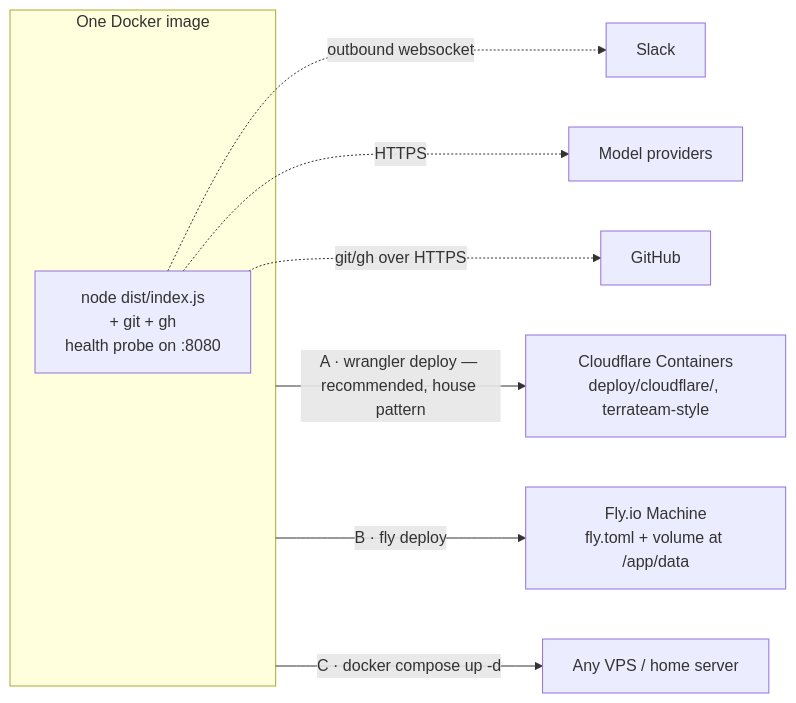
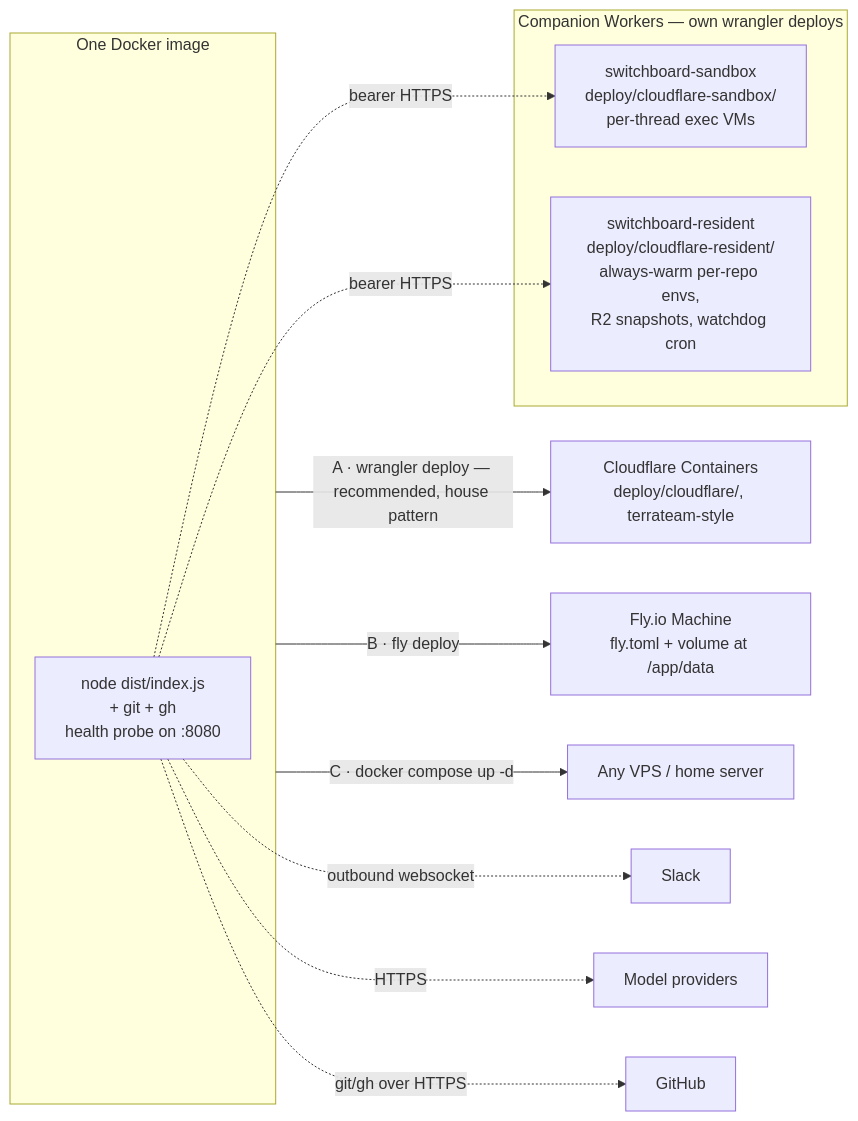
The fourth of 4 diagrams in README.md (coreplanelabs/switchboard), drawn with Mermaid before and after one commit. The commit also changed other lines of this file and 15 other files, not shown here.

````diff
--- a/README.md
+++ b/README.md
@@ -116,12 +136,17 @@
 ```mermaid
 flowchart LR
     subgraph img ["One Docker image"]
         P["node dist/index.js<br/>+ git + gh<br/>health probe on :8080"]
     end
     img -->|A · wrangler deploy — recommended, house pattern| CF["Cloudflare Containers<br/>deploy/cloudflare/, terrateam-style"]
     img -->|B · fly deploy| FLY["Fly.io Machine<br/>fly.toml + volume at /app/data"]
     img -->|C · docker compose up -d| VPS["Any VPS / home server"]
+    subgraph companions ["Companion Workers — own wrangler deploys"]
+        SBW["switchboard-sandbox<br/>deploy/cloudflare-sandbox/<br/>per-thread exec VMs"]
+        RSW["switchboard-resident<br/>deploy/cloudflare-resident/<br/>always-warm per-repo envs,<br/>R2 snapshots, watchdog cron"]
+    end
     P -.->|outbound websocket| SLK["Slack"]
     P -.->|HTTPS| PRV["Model providers"]
     P -.->|git/gh over HTTPS| GH["GitHub"]
+    P -.->|bearer HTTPS| SBW & RSW
 ```
````
